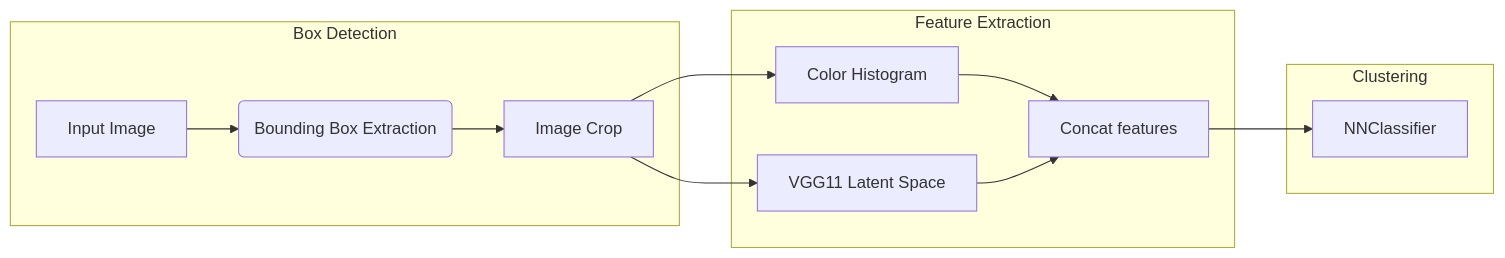
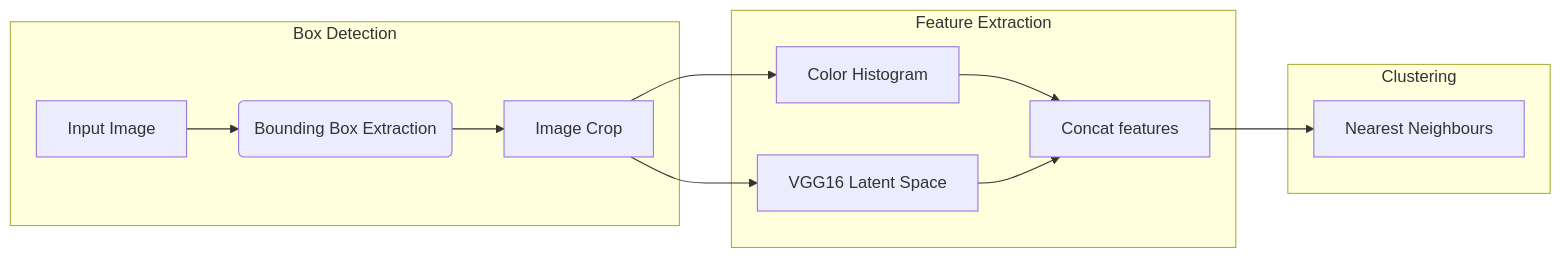
One commit to MT2321/ImageProcessingFinalProject changed the first of 4 diagrams in README.md. Above: the diagram before and after it, drawn with Mermaid. The commit also changed other lines of this file and 436 other files, not shown here.

````diff
--- a/README.md
+++ b/README.md
@@ -10,20 +17,20 @@
 ```mermaid
 graph LR
 
 subgraph Box Detection
     A[Input Image] --> B(Bounding Box Extraction)
     B-->C[Image Crop]
 end
 
 C-->F
 C-->G
 subgraph Clustering
-    D[NNClassifier]
+    D[Nearest Neighbours]
 end
 
 subgraph Feature Extraction
 F[Color Histogram] --> X
-G[VGG11 Latent Space] -->X
+G[VGG16 Latent Space] -->X
 X[Concat features]-->D
 end
 ```
````
